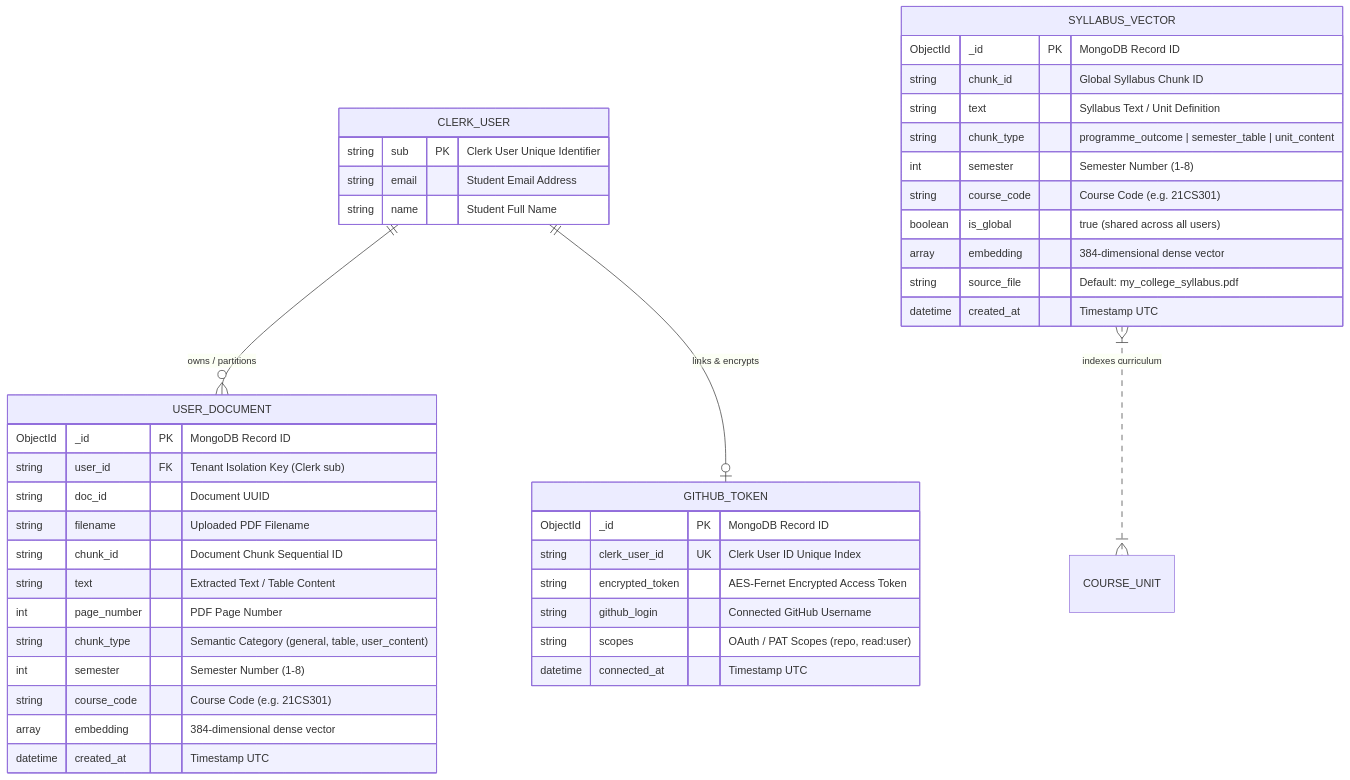
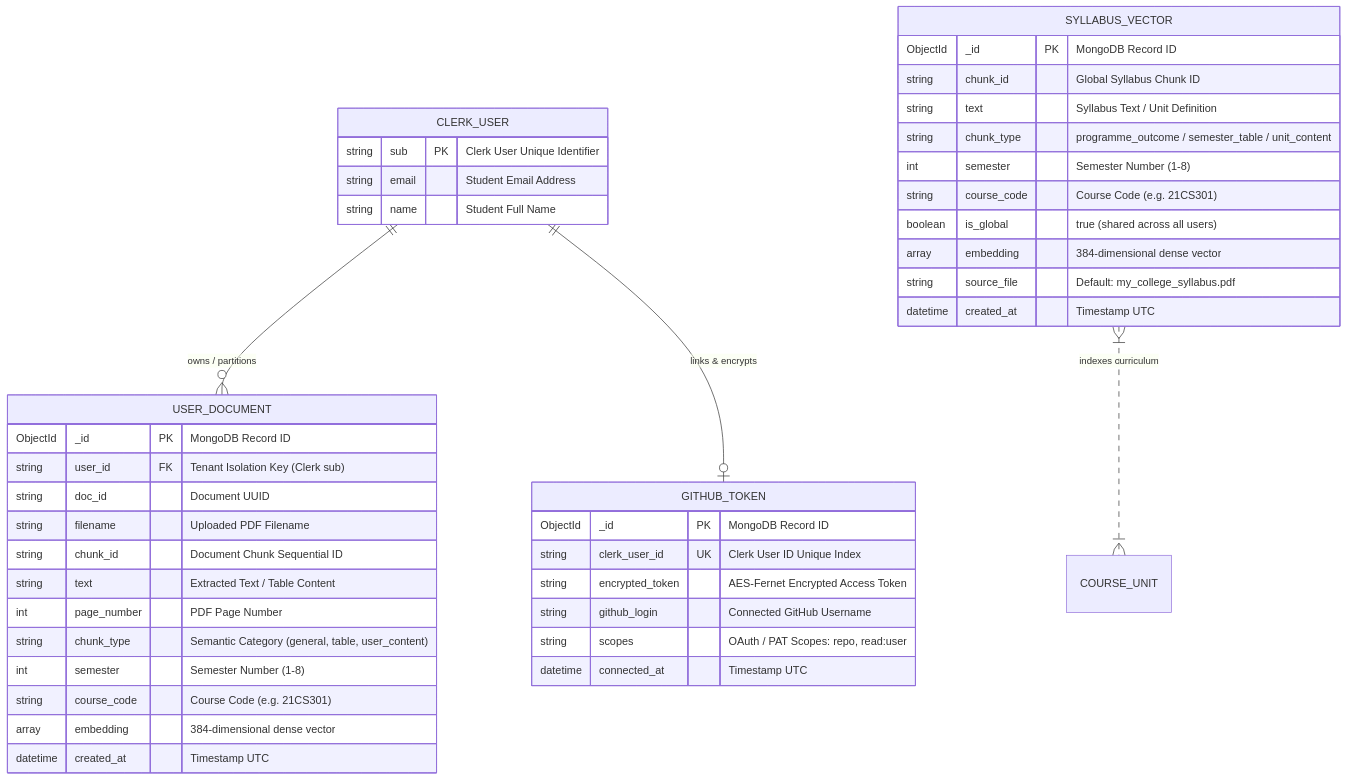
Before and after one commit to priyadharshiniannadurai413-dev/study_guide_generator: the sixth of 9 diagrams in docs/architecture.md, drawn with Mermaid. The commit also changed other lines of this file and 1 other file, not shown here.

Commit message:
docs: add system workflow and architecture documentation

````diff
--- a/docs/architecture.md
+++ b/docs/architecture.md
@@ -341,49 +377,49 @@
 ```mermaid
 erDiagram
     CLERK_USER ||--o{ USER_DOCUMENT : "owns / partitions"
     CLERK_USER ||--o| GITHUB_TOKEN : "links & encrypts"
     SYLLABUS_VECTOR }|..|{ COURSE_UNIT : "indexes curriculum"
 
     CLERK_USER {
         string sub PK "Clerk User Unique Identifier"
         string email "Student Email Address"
         string name "Student Full Name"
     }
 
     USER_DOCUMENT {
         ObjectId _id PK "MongoDB Record ID"
         string user_id FK "Tenant Isolation Key (Clerk sub)"
         string doc_id "Document UUID"
         string filename "Uploaded PDF Filename"
         string chunk_id "Document Chunk Sequential ID"
         string text "Extracted Text / Table Content"
         int page_number "PDF Page Number"
         string chunk_type "Semantic Category (general, table, user_content)"
         int semester "Semester Number (1-8)"
         string course_code "Course Code (e.g. 21CS301)"
         array embedding "384-dimensional dense vector"
         datetime created_at "Timestamp UTC"
     }
 
     SYLLABUS_VECTOR {
         ObjectId _id PK "MongoDB Record ID"
         string chunk_id "Global Syllabus Chunk ID"
         string text "Syllabus Text / Unit Definition"
-        string chunk_type "programme_outcome | semester_table | unit_content"
+        string chunk_type "programme_outcome / semester_table / unit_content"
         int semester "Semester Number (1-8)"
         string course_code "Course Code (e.g. 21CS301)"
         boolean is_global "true (shared across all users)"
         array embedding "384-dimensional dense vector"
         string source_file "Default: my_college_syllabus.pdf"
         datetime created_at "Timestamp UTC"
     }
 
     GITHUB_TOKEN {
         ObjectId _id PK "MongoDB Record ID"
         string clerk_user_id UK "Clerk User ID Unique Index"
         string encrypted_token "AES-Fernet Encrypted Access Token"
         string github_login "Connected GitHub Username"
-        string scopes "OAuth / PAT Scopes (repo, read:user)"
+        string scopes "OAuth / PAT Scopes: repo, read:user"
         datetime connected_at "Timestamp UTC"
     }
 ```
````
